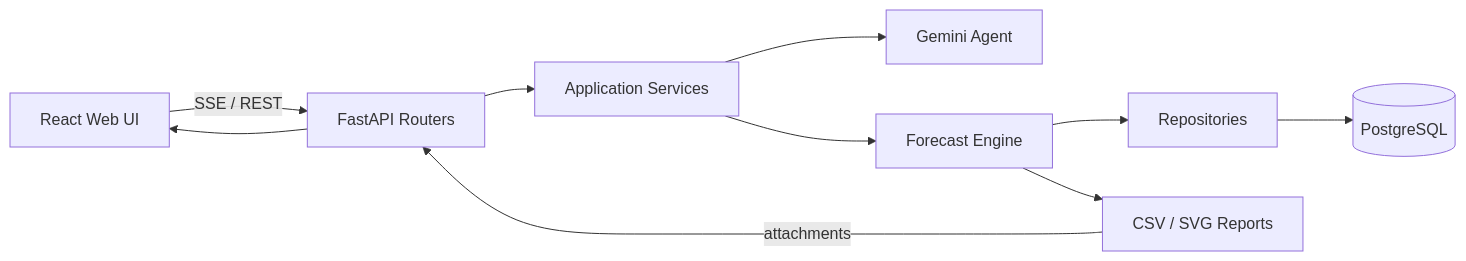
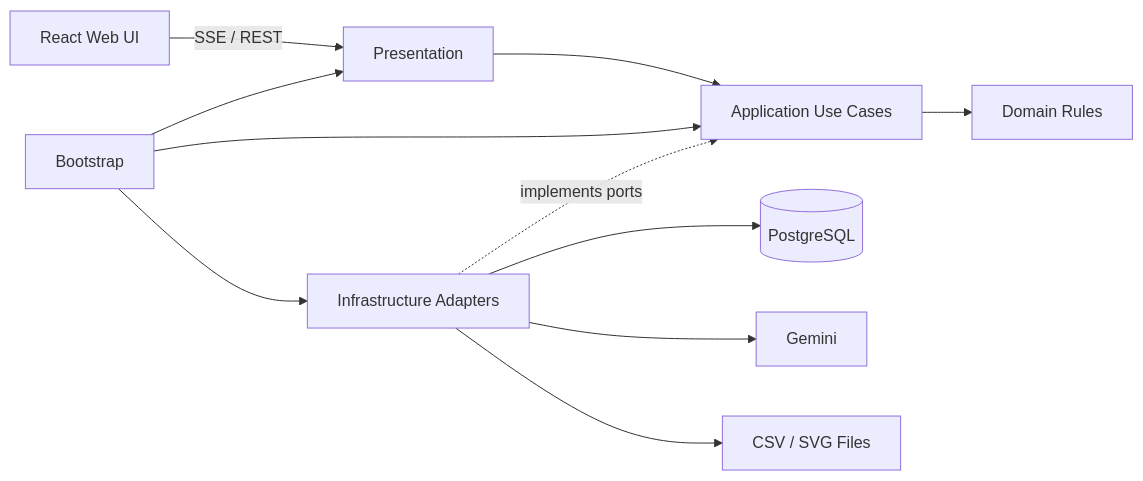
The diagram in README.md (programmerKB/Edge-mind), drawn with Mermaid before and after one commit. The commit also changed other lines of this file and 96 other files, not shown here.

Commit message:
refactor: enforce layered backend architecture

````diff
--- a/README.md
+++ b/README.md
@@ -153,12 +153,13 @@
 ```mermaid
 flowchart LR
-    UI[React Web UI] -->|SSE / REST| API[FastAPI Routers]
-    API --> SERVICE[Application Services]
-    SERVICE --> AGENT[Gemini Agent]
-    SERVICE --> FORECAST[Forecast Engine]
-    FORECAST --> REPO[Repositories]
-    REPO --> DB[(PostgreSQL)]
-    FORECAST --> REPORT[CSV / SVG Reports]
-    REPORT -->|attachments| API
-    API --> UI
+    UI[React Web UI] -->|SSE / REST| P[Presentation]
+    P --> A[Application Use Cases]
+    A --> D[Domain Rules]
+    I[Infrastructure Adapters] -. implements ports .-> A
+    I --> DB[(PostgreSQL)]
+    I --> G[Gemini]
+    I --> FS[CSV / SVG Files]
+    B[Bootstrap] --> P
+    B --> A
+    B --> I
 ```
````
